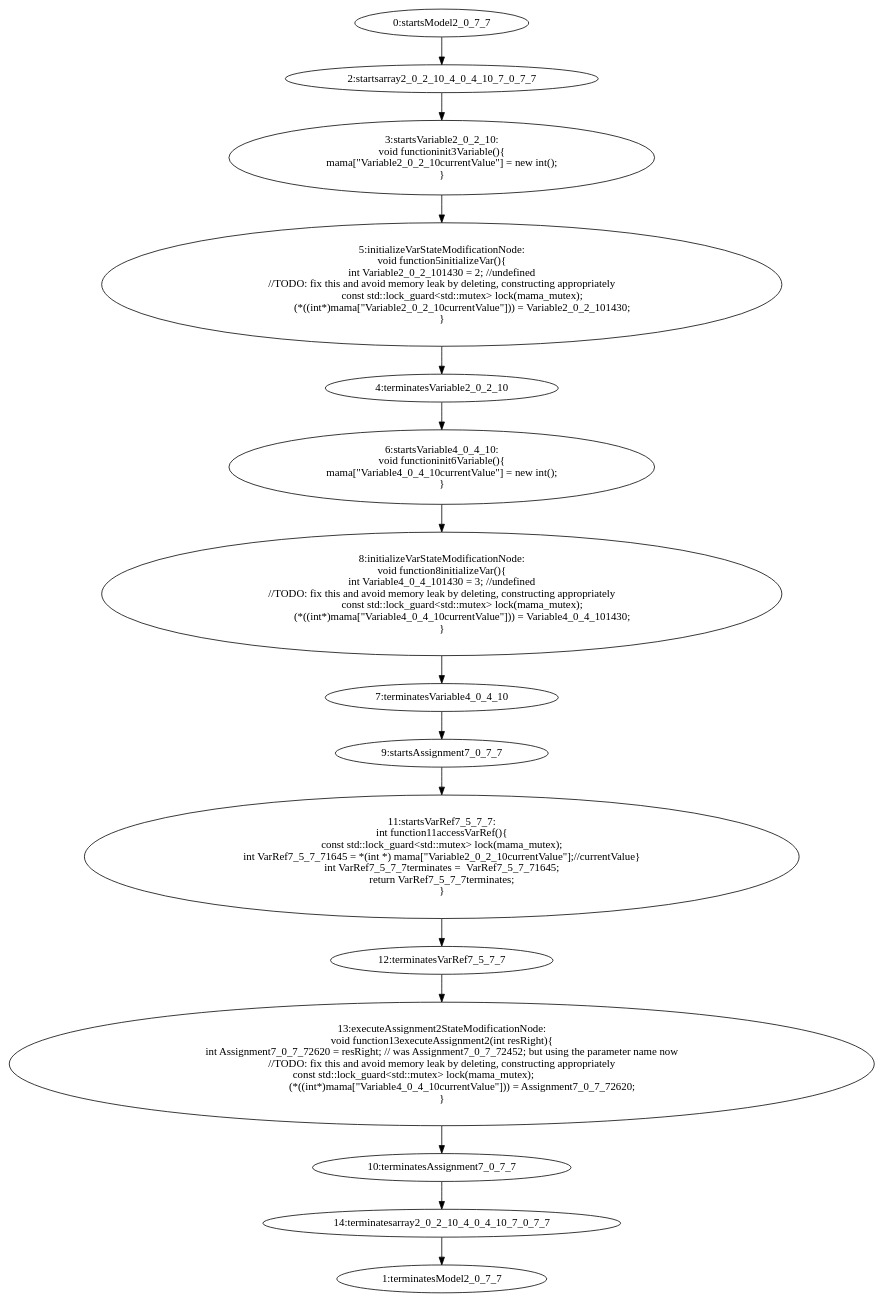
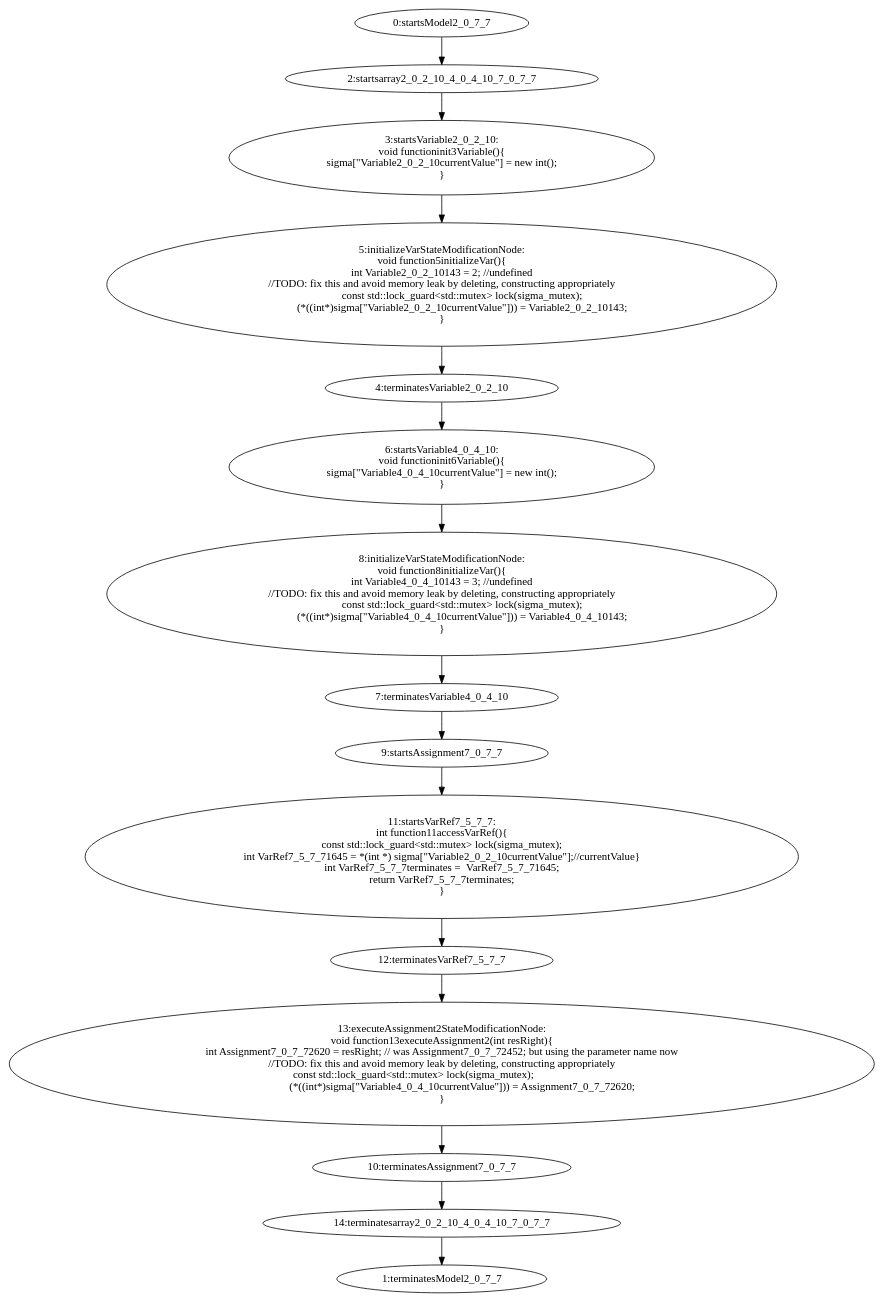
Before and after one commit to jdeantoni/TCOS.lang: the diagram in temp/generated/basictestplus.dot, drawn with Graphviz. The commit also changed 5 other files, not shown here.

```diff
--- a/temp/generated/basictestplus.dot
+++ b/temp/generated/basictestplus.dot
@@ -1,61 +1,61 @@
 digraph G {
   "0" [label="0:startsModel2_0_7_7" shape="ellipse" ];
   "1" [label="1:terminatesModel2_0_7_7" shape="ellipse" ];
   "2" [label="2:startsarray2_0_2_10_4_0_4_10_7_0_7_7" shape="ellipse" ];
   "3" [label="3:startsVariable2_0_2_10:
 void functioninit3Variable(){
-mama[\"Variable2_0_2_10currentValue\"] = new int();
+sigma[\"Variable2_0_2_10currentValue\"] = new int();
 }" shape="ellipse" ];
   "4" [label="4:terminatesVariable2_0_2_10" shape="ellipse" ];
   "5" [label="5:initializeVarStateModificationNode:
 void function5initializeVar(){
-int Variable2_0_2_101430 = 2; //undefined
+int Variable2_0_2_10143 = 2; //undefined
 //TODO: fix this and avoid memory leak by deleting, constructing appropriately
-                const std::lock_guard<std::mutex> lock(mama_mutex);
-                (*((int*)mama[\"Variable2_0_2_10currentValue\"])) = Variable2_0_2_101430;
+                const std::lock_guard<std::mutex> lock(sigma_mutex);
+                (*((int*)sigma[\"Variable2_0_2_10currentValue\"])) = Variable2_0_2_10143;
 }" shape="ellipse" ];
   "6" [label="6:startsVariable4_0_4_10:
 void functioninit6Variable(){
-mama[\"Variable4_0_4_10currentValue\"] = new int();
+sigma[\"Variable4_0_4_10currentValue\"] = new int();
 }" shape="ellipse" ];
   "7" [label="7:terminatesVariable4_0_4_10" shape="ellipse" ];
   "8" [label="8:initializeVarStateModificationNode:
 void function8initializeVar(){
-int Variable4_0_4_101430 = 3; //undefined
+int Variable4_0_4_10143 = 3; //undefined
 //TODO: fix this and avoid memory leak by deleting, constructing appropriately
-                const std::lock_guard<std::mutex> lock(mama_mutex);
-                (*((int*)mama[\"Variable4_0_4_10currentValue\"])) = Variable4_0_4_101430;
+                const std::lock_guard<std::mutex> lock(sigma_mutex);
+                (*((int*)sigma[\"Variable4_0_4_10currentValue\"])) = Variable4_0_4_10143;
 }" shape="ellipse" ];
   "9" [label="9:startsAssignment7_0_7_7" shape="ellipse" ];
   "10" [label="10:terminatesAssignment7_0_7_7" shape="ellipse" ];
   "11" [label="11:startsVarRef7_5_7_7:
 int function11accessVarRef(){
-const std::lock_guard<std::mutex> lock(mama_mutex);
-int VarRef7_5_7_71645 = *(int *) mama[\"Variable2_0_2_10currentValue\"];//currentValue}
+const std::lock_guard<std::mutex> lock(sigma_mutex);
+int VarRef7_5_7_71645 = *(int *) sigma[\"Variable2_0_2_10currentValue\"];//currentValue}
 int VarRef7_5_7_7terminates =  VarRef7_5_7_71645;
 return VarRef7_5_7_7terminates;
 }" shape="ellipse" ];
   "12" [label="12:terminatesVarRef7_5_7_7" shape="ellipse" ];
   "13" [label="13:executeAssignment2StateModificationNode:
 void function13executeAssignment2(int resRight){
 int Assignment7_0_7_72620 = resRight; // was Assignment7_0_7_72452; but using the parameter name now
 //TODO: fix this and avoid memory leak by deleting, constructing appropriately
-                const std::lock_guard<std::mutex> lock(mama_mutex);                                    
-                (*((int*)mama[\"Variable4_0_4_10currentValue\"])) = Assignment7_0_7_72620;
+                const std::lock_guard<std::mutex> lock(sigma_mutex);                                    
+                (*((int*)sigma[\"Variable4_0_4_10currentValue\"])) = Assignment7_0_7_72620;
 }" shape="ellipse" ];
   "14" [label="14:terminatesarray2_0_2_10_4_0_4_10_7_0_7_7" shape="ellipse" ];
   "0" -> "2" [label=""];
   "3" -> "5" [label=""];
   "5" -> "4" [label=""];
   "2" -> "3" [label=""];
   "6" -> "8" [label=""];
   "8" -> "7" [label=""];
   "4" -> "6" [label=""];
   "11" -> "12" [label=""];
   "9" -> "11" [label=""];
   "12" -> "13" [label=""];
   "13" -> "10" [label=""];
   "7" -> "9" [label=""];
   "10" -> "14" [label=""];
   "14" -> "1" [label=""];
 }
```
